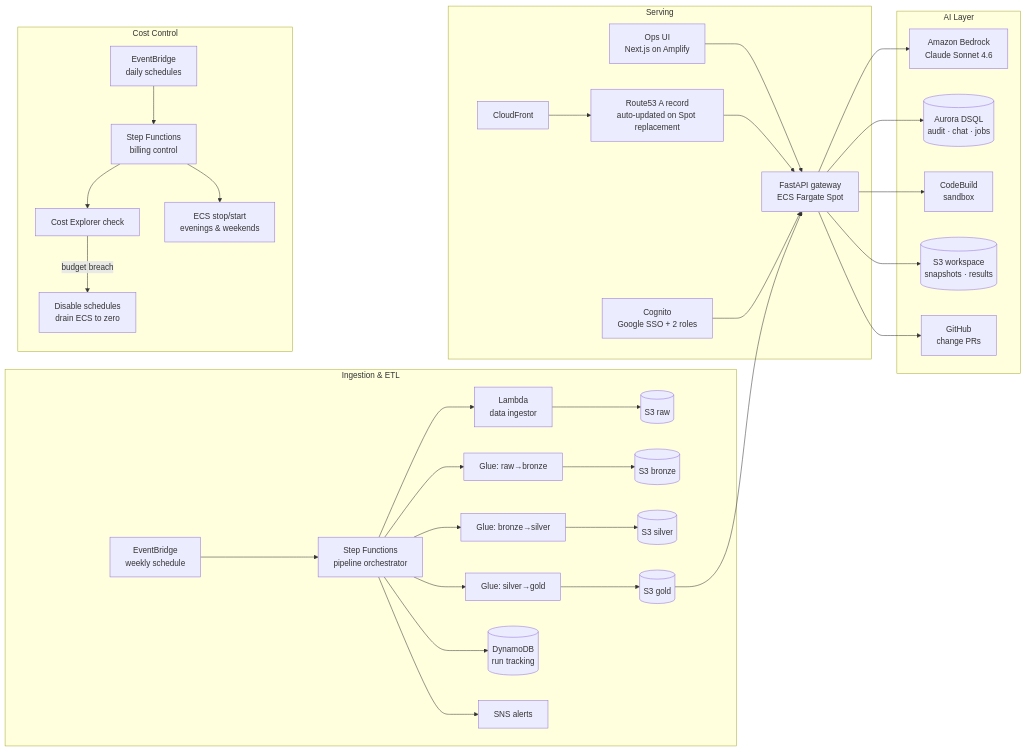
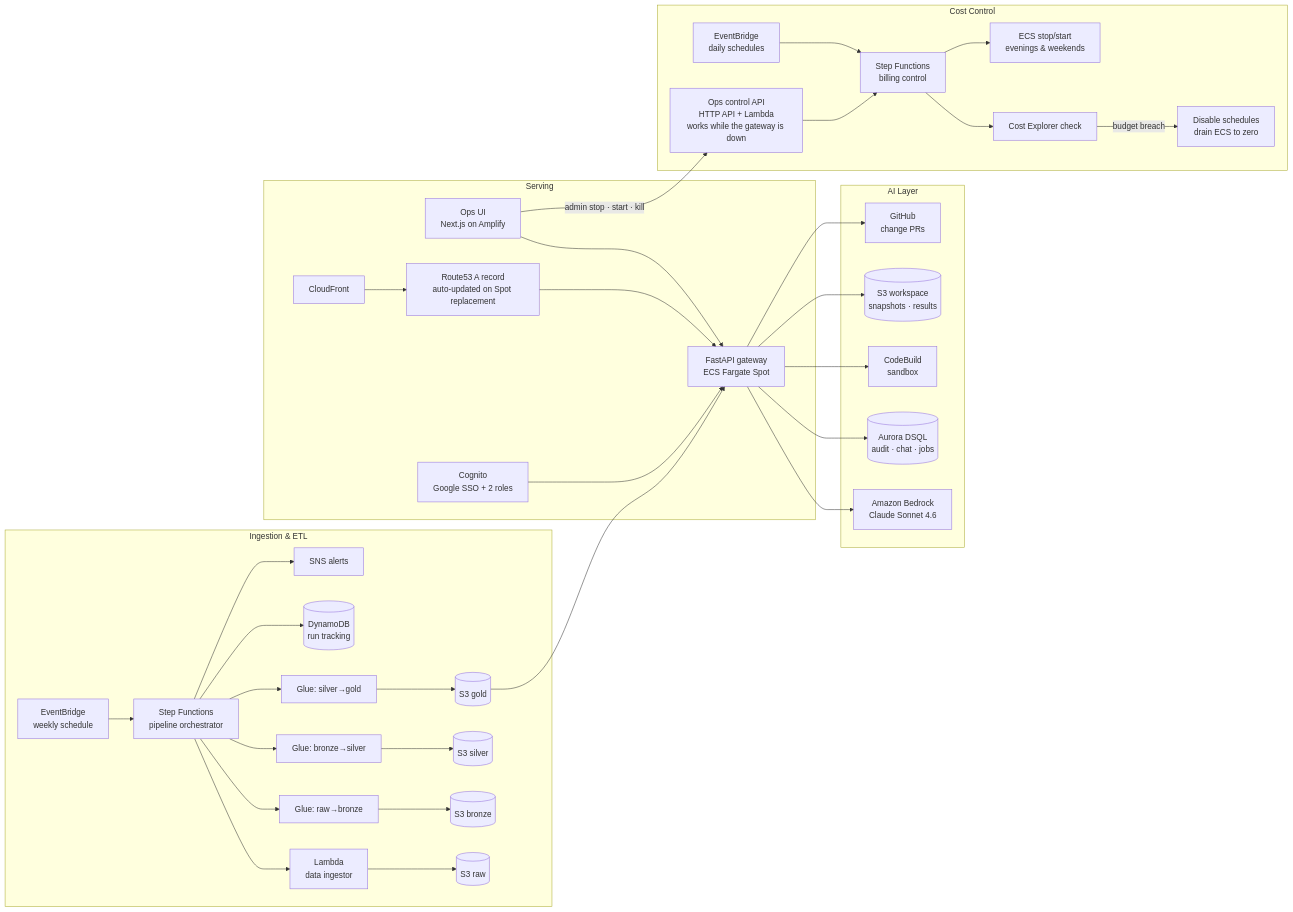
Before and after one commit to AloofAncient/stratum-showcase: the diagram in README.md, drawn with Mermaid. The commit also changed other lines of this file and 4 other files, not shown here.

Commit message:
Document the ops control API in the README, architecture doc and interactive map; drop the old v1 map copy

````diff
--- a/README.md
+++ b/README.md
@@ -22,35 +22,38 @@
 ```mermaid
 flowchart LR
     subgraph Ingestion & ETL
         EB[EventBridge<br/>weekly schedule] --> SF[Step Functions<br/>pipeline orchestrator]
         SF --> LI[Lambda<br/>data ingestor]
         LI --> RAW[(S3 raw)]
         SF --> G1[Glue: raw→bronze] --> BR[(S3 bronze)]
         SF --> G2[Glue: bronze→silver] --> SI[(S3 silver)]
         SF --> G3[Glue: silver→gold] --> GO[(S3 gold)]
         SF --> DDB[(DynamoDB<br/>run tracking)]
         SF --> SNS[SNS alerts]
     end
 
     subgraph Serving
         UI[Ops UI<br/>Next.js on Amplify] --> GW
         CF[CloudFront] --> R53[Route53 A record<br/>auto-updated on Spot replacement] --> GW[FastAPI gateway<br/>ECS Fargate Spot]
         GO --> GW
         COG[Cognito<br/>Google SSO + 2 roles] --> GW
     end
 
     subgraph AI Layer
         GW --> BED[Amazon Bedrock<br/>Claude Sonnet 4.6]
         GW --> DSQL[(Aurora DSQL<br/>audit · chat · jobs)]
         GW --> CB[CodeBuild<br/>sandbox]
         GW --> WS[(S3 workspace<br/>snapshots · results)]
         GW --> GH[GitHub<br/>change PRs]
     end
 
     subgraph Cost Control
         CRON[EventBridge<br/>daily schedules] --> BC[Step Functions<br/>billing control]
         BC --> CE[Cost Explorer check]
         BC --> STOPGO[ECS stop/start<br/>evenings & weekends]
         CE -->|budget breach| KILL[Disable schedules<br/>drain ECS to zero]
+        OPS[Ops control API<br/>HTTP API + Lambda<br/>works while the gateway is down] --> BC
     end
+
+    UI -->|admin stop · start · kill| OPS
 ```
````
